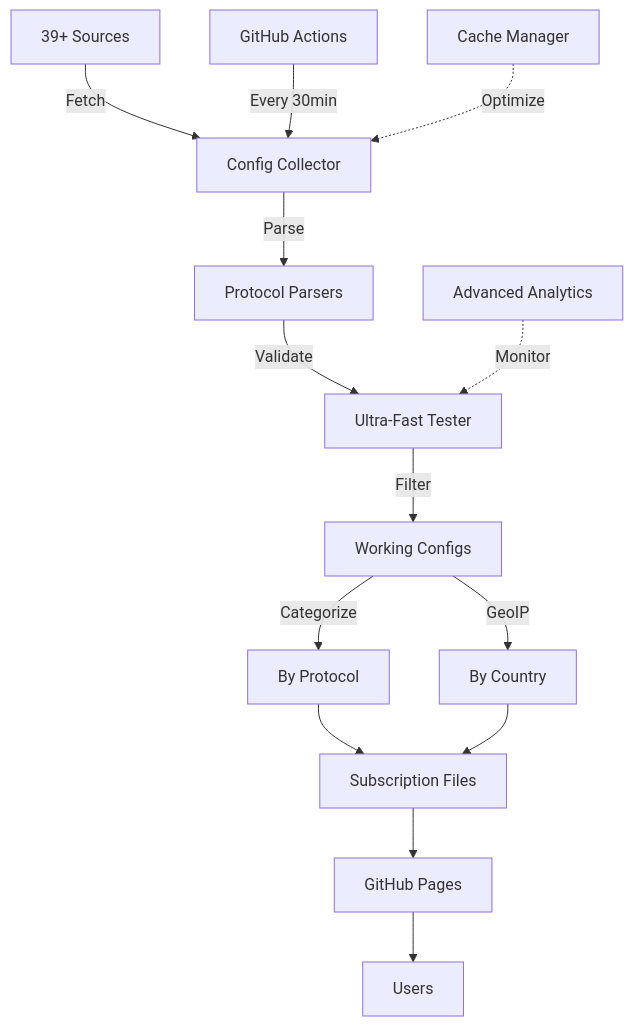
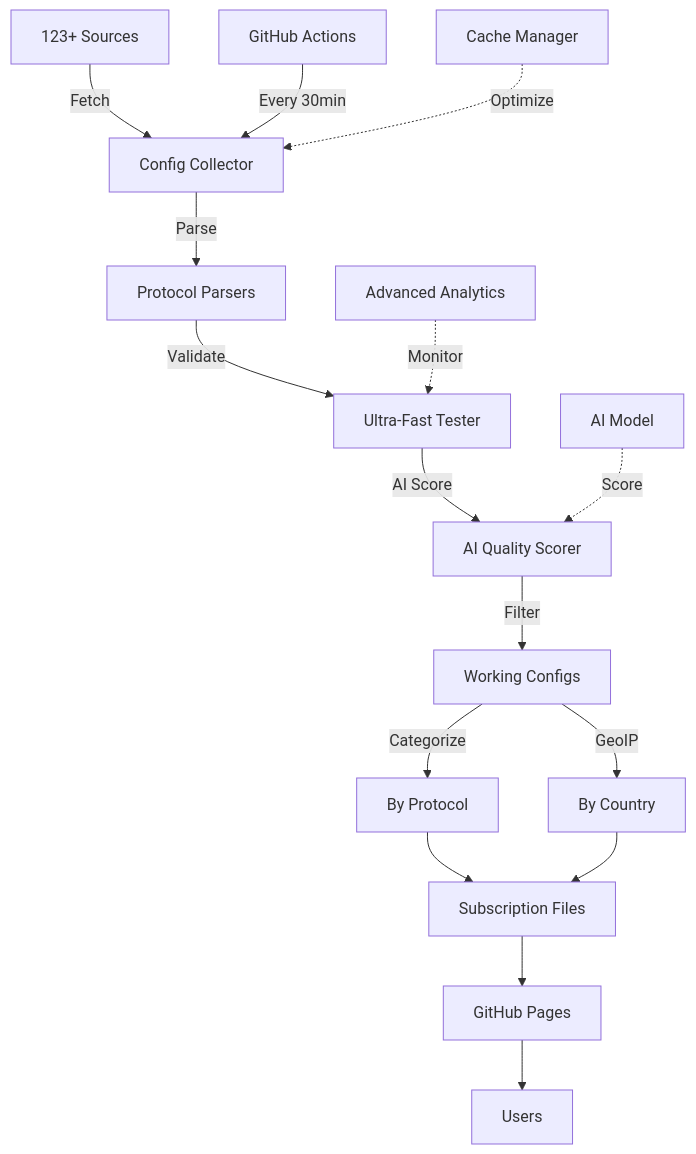
The diagram in README.md (AhmadAkd/Onix-V2Ray-Collector), drawn with Mermaid before and after one commit. The commit also changed other lines of this file and 6 other files, not shown here.

````diff
--- a/README.md
+++ b/README.md
@@ -99,17 +154,19 @@
 ```mermaid
 graph TD
-    A[39+ Sources] -->|Fetch| B[Config Collector]
+    A[123+ Sources] -->|Fetch| B[Config Collector]
     B -->|Parse| C[Protocol Parsers]
     C -->|Validate| D[Ultra-Fast Tester]
-    D -->|Filter| E[Working Configs]
-    E -->|Categorize| F[By Protocol]
-    E -->|GeoIP| G[By Country]
-    F --> H[Subscription Files]
-    G --> H
-    H --> I[GitHub Pages]
-    I --> J[Users]
+    D -->|AI Score| E[AI Quality Scorer]
+    E -->|Filter| F[Working Configs]
+    F -->|Categorize| G[By Protocol]
+    F -->|GeoIP| H[By Country]
+    G --> I[Subscription Files]
+    H --> I
+    I --> J[GitHub Pages]
+    J --> K[Users]
     
-    K[GitHub Actions] -->|Every 30min| B
-    L[Cache Manager] -.->|Optimize| B
-    M[Advanced Analytics] -.->|Monitor| D
+    L[GitHub Actions] -->|Every 30min| B
+    M[Cache Manager] -.->|Optimize| B
+    N[AI Model] -.->|Score| E
+    O[Advanced Analytics] -.->|Monitor| D
 ```
````
